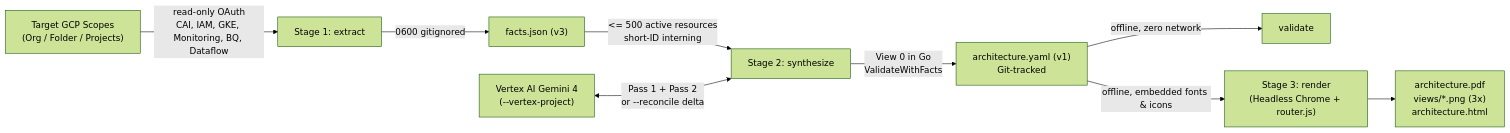
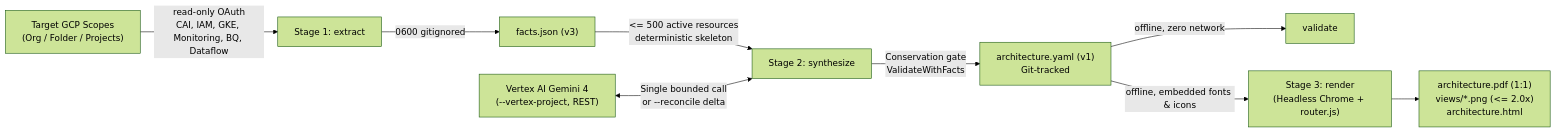
The diagram in gh-pages/index.md (arrase/gcp-arch), drawn with Mermaid (forest theme) before and after one commit. The commit also changed other lines of this file and 171 other files, not shown here.

````diff
--- a/gh-pages/index.md
+++ b/gh-pages/index.md
@@ -194,11 +204,11 @@
 ```mermaid
 flowchart LR
     GCP["Target GCP Scopes\n(Org / Folder / Projects)"] -->|"read-only OAuth\nCAI, IAM, GKE, Monitoring, BQ, Dataflow"| Extract["Stage 1: extract"]
     Extract -->|"0600 gitignored"| Facts["facts.json (v3)"]
-    Facts -->|"<= 500 active resources\nshort-ID interning"| Synth["Stage 2: synthesize"]
-    Vertex["Vertex AI Gemini 4\n(--vertex-project)"] <-->|"Pass 1 + Pass 2\nor --reconcile delta"| Synth
-    Synth -->|"View 0 in Go\nValidateWithFacts"| Manifest["architecture.yaml (v1)\nGit-tracked"]
+    Facts -->|"<= 500 active resources\ndeterministic skeleton"| Synth["Stage 2: synthesize"]
+    Vertex["Vertex AI Gemini 4\n(--vertex-project, REST)"] <-->|"Single bounded call\nor --reconcile delta"| Synth
+    Synth -->|"Conservation gate\nValidateWithFacts"| Manifest["architecture.yaml (v1)\nGit-tracked"]
     Manifest -->|"offline, zero network"| Validate["validate"]
     Manifest -->|"offline, embedded fonts & icons"| Render["Stage 3: render\n(Headless Chrome + router.js)"]
-    Render --> Deliverables["architecture.pdf\nviews/*.png (3x)\narchitecture.html"]
+    Render --> Deliverables["architecture.pdf (1:1)\nviews/*.png (<= 2.0x)\narchitecture.html"]
 ```
````
